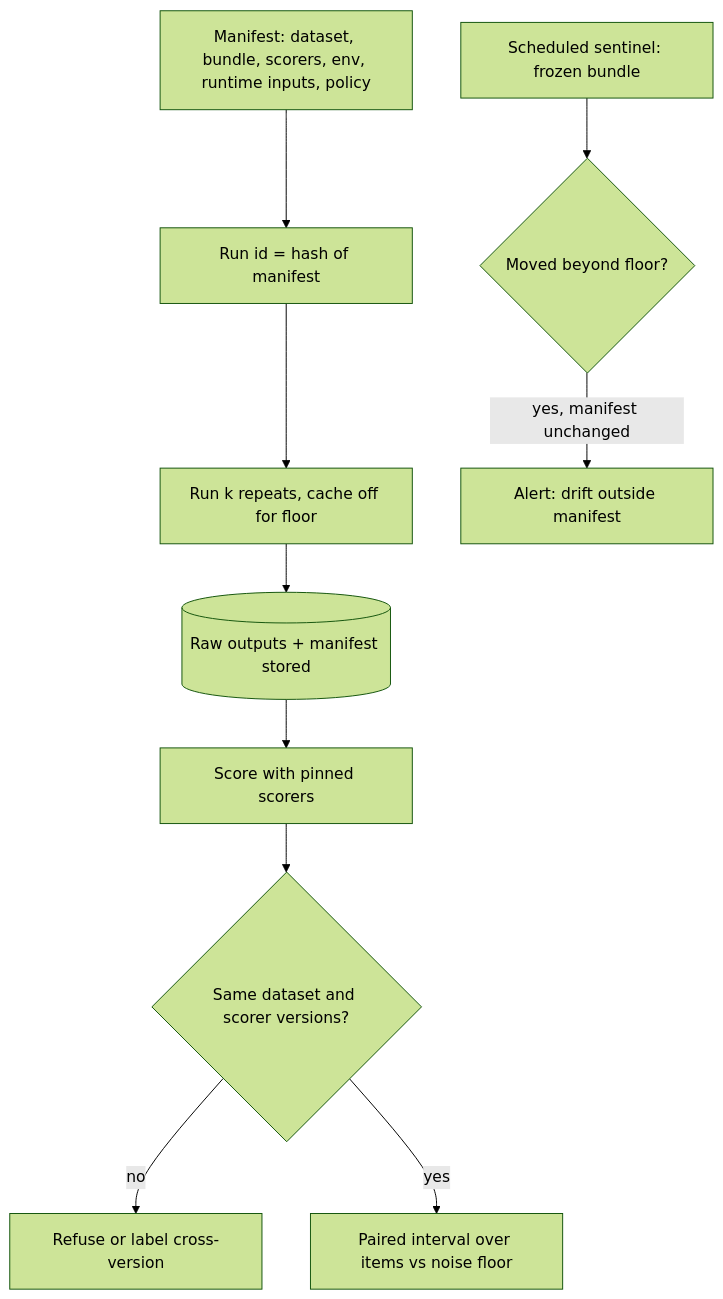
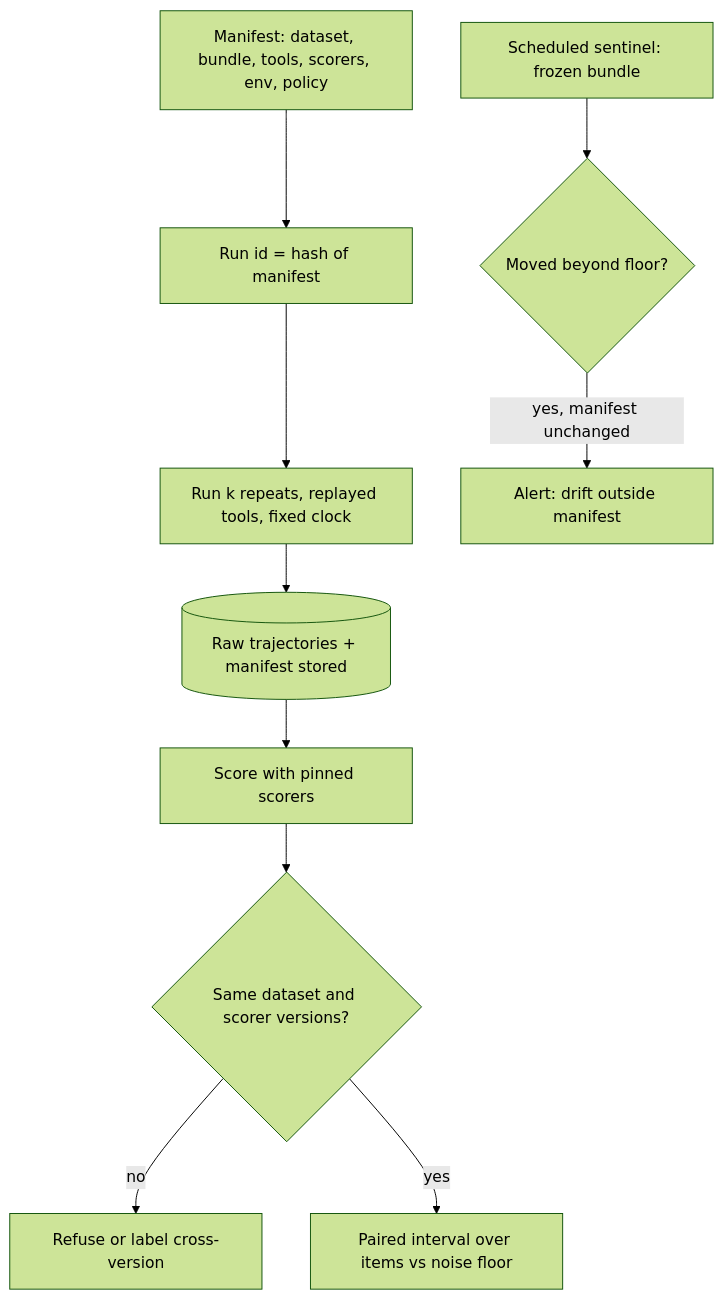
One commit to lovishmahajan97/agentic-learning changed the diagram in content/llmops-platform/reproducible-evaluations.md. Above: the diagram before and after it, drawn with Mermaid (forest theme). The commit also changed other lines of this file and 454 other files, not shown here.

````diff
--- a/content/llmops-platform/reproducible-evaluations.md
+++ b/content/llmops-platform/reproducible-evaluations.md
@@ -112,12 +129,12 @@
 ```mermaid
 flowchart TD
-    M["Manifest: dataset, bundle, scorers, env, runtime inputs, policy"] --> ID["Run id = hash of manifest"]
-    ID --> RUN["Run k repeats, cache off for floor"]
-    RUN --> RO[("Raw outputs + manifest stored")]
+    M["Manifest: dataset, bundle, tools, scorers, env, policy"] --> ID["Run id = hash of manifest"]
+    ID --> RUN["Run k repeats, replayed tools, fixed clock"]
+    RUN --> RO[("Raw trajectories + manifest stored")]
     RO --> SC["Score with pinned scorers"]
     SC --> CMP{"Same dataset and scorer versions?"}
     CMP -->|"no"| REF["Refuse or label cross-version"]
     CMP -->|"yes"| PI["Paired interval over items vs noise floor"]
     SN["Scheduled sentinel: frozen bundle"] --> DR{"Moved beyond floor?"}
     DR -->|"yes, manifest unchanged"| AL["Alert: drift outside manifest"]
 ```
````
